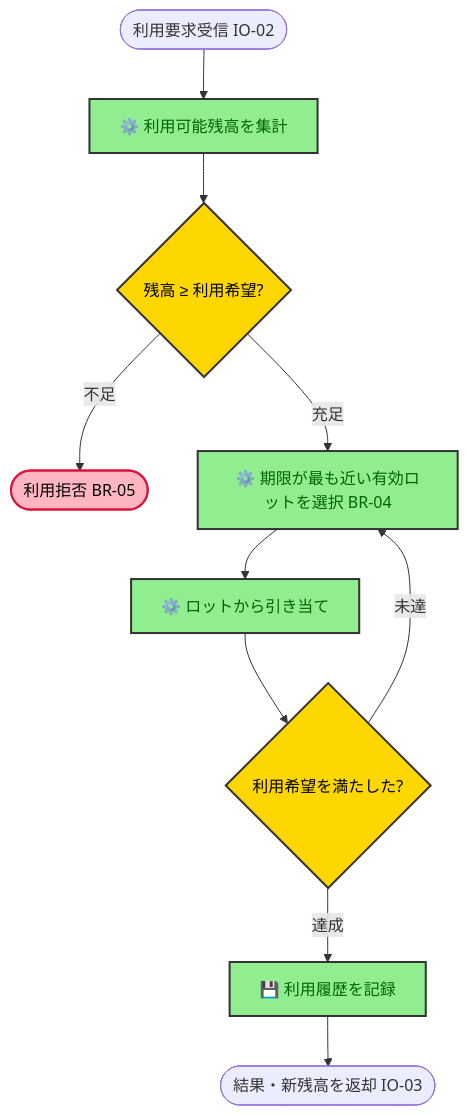
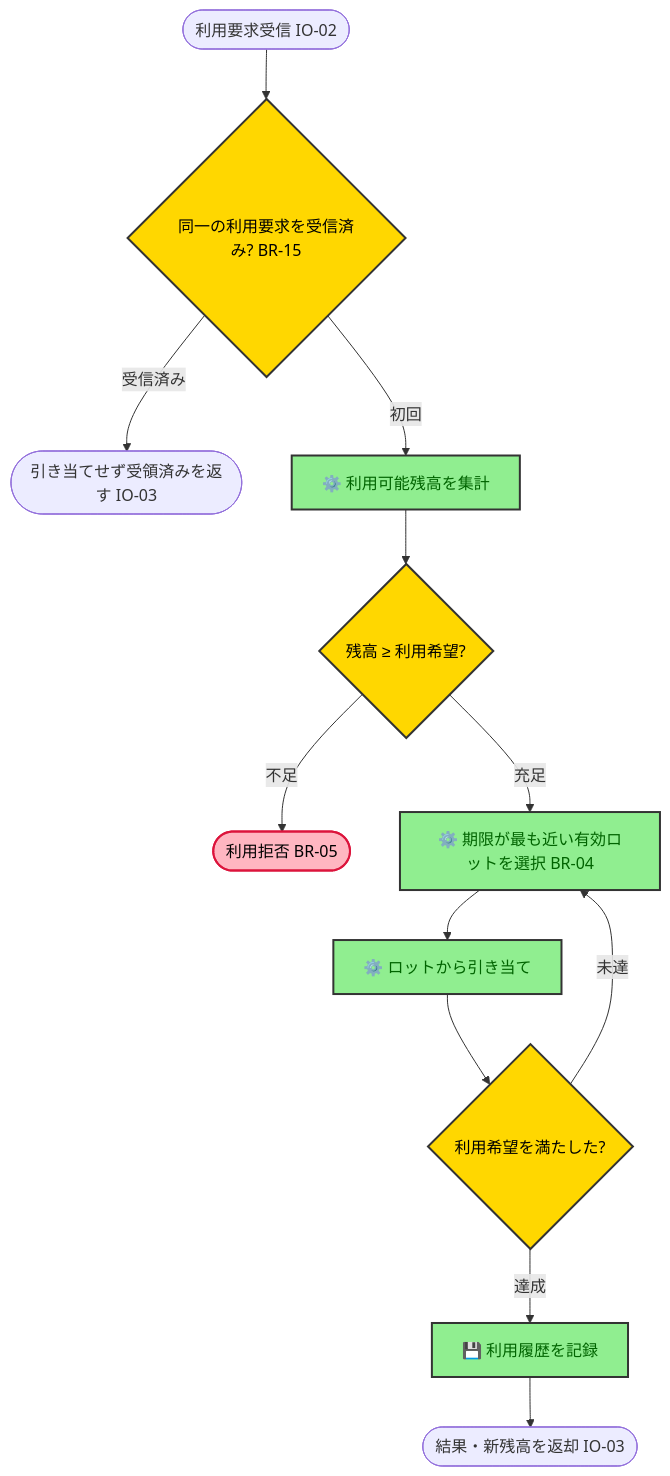
Diagram 11 of 15 in samples/docs/requirements.md (kasiopeiya/claude-dev-template), drawn with Mermaid before and after one commit. The commit also changed other lines of this file, not shown here.

````diff
--- a/samples/docs/requirements.md
+++ b/samples/docs/requirements.md
@@ -867,19 +915,21 @@
 ```mermaid
 flowchart TD
-    start([利用要求受信 IO-02]) --> sum[⚙️ 利用可能残高を集計]
+    start([利用要求受信 IO-02]) --> dup{同一の利用要求を受信済み? BR-15}
+    dup -->|受信済み| ack([引き当てせず受領済みを返す IO-03])
+    dup -->|初回| sum[⚙️ 利用可能残高を集計]
     sum --> enough{残高 ≥ 利用希望?}
     enough -->|不足| reject([利用拒否 BR-05])
     enough -->|充足| pick[⚙️ 期限が最も近い有効ロットを選択 BR-04]
     pick --> apply[⚙️ ロットから引き当て]
     apply --> done{利用希望を満たした?}
     done -->|未達| pick
     done -->|達成| record[💾 利用履歴を記録]
     record --> resp([結果・新残高を返却 IO-03])
 
     classDef step fill:#90EE90,stroke:#333,stroke-width:2px,color:darkgreen
     classDef decision fill:#FFD700,stroke:#333,stroke-width:2px,color:black
     classDef error fill:#FFB6C1,stroke:#DC143C,stroke-width:2px,color:black
     class sum,pick,apply,record step
-    class enough,done decision
+    class dup,enough,done decision
     class reject error
 ```
````
